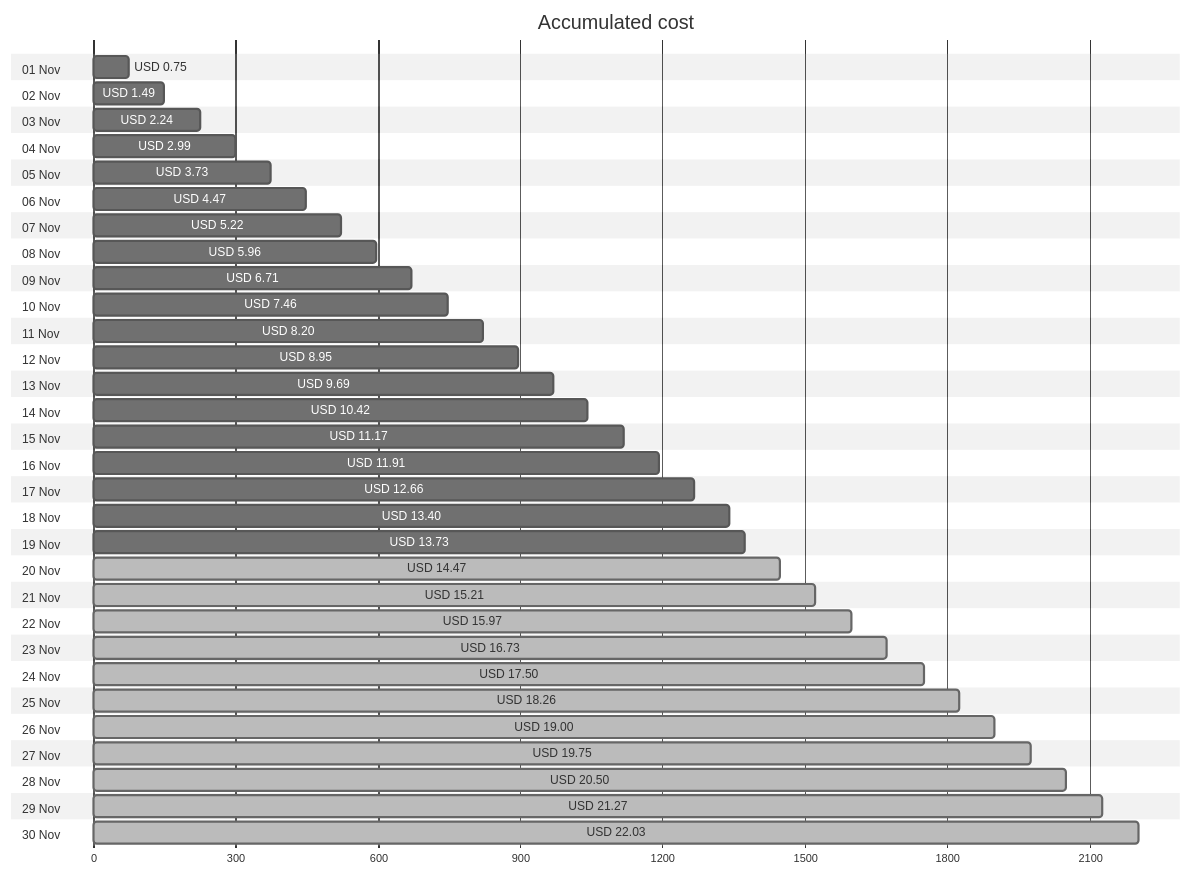
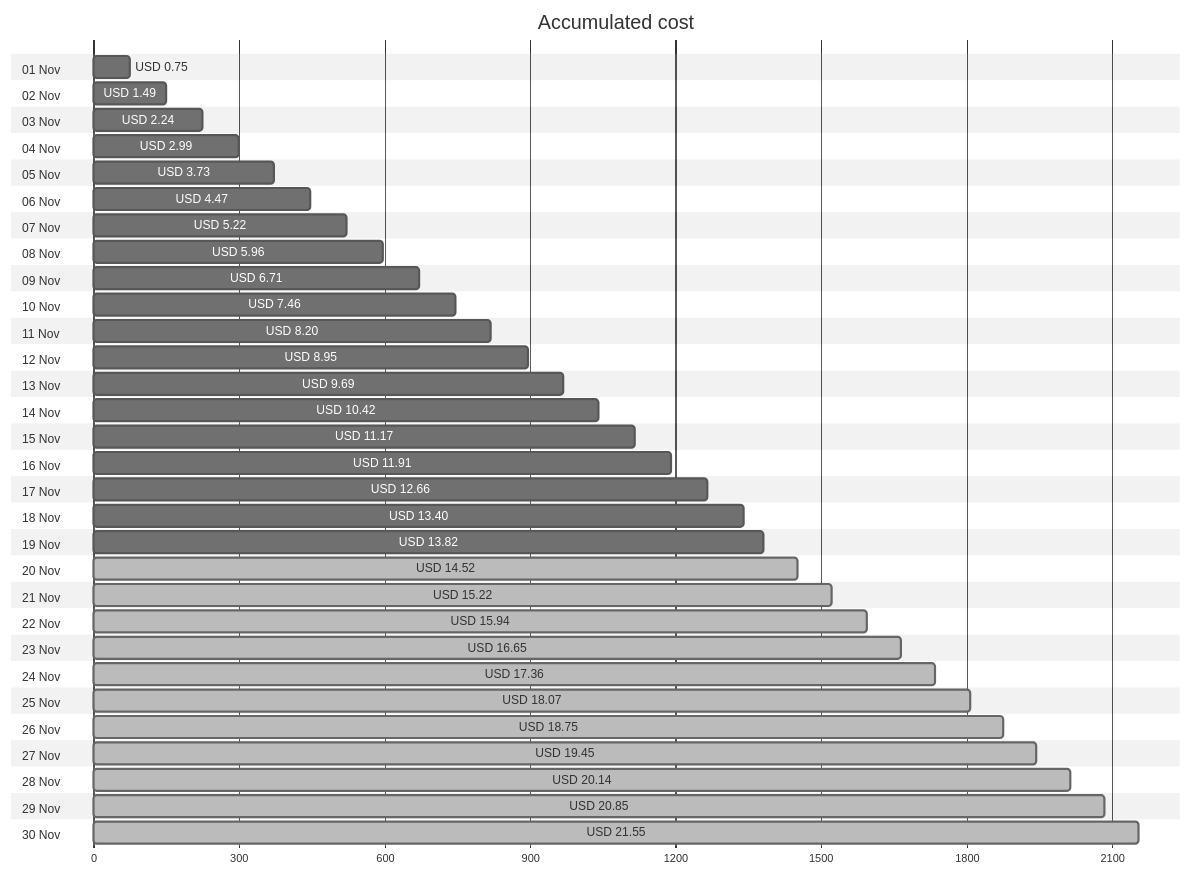
Before and after one commit to jpfulton/azure-personal-reports: the first of 4 diagrams in cost-reports/personal-network/backup-server-data-disk.md, drawn with Mermaid (neutral theme). The commit also changed other lines of this file and 8 other files, not shown here.

````diff
--- a/cost-reports/personal-network/backup-server-data-disk.md
+++ b/cost-reports/personal-network/backup-server-data-disk.md
@@ -20,66 +20,66 @@
 ```mermaid
 gantt
    title Accumulated cost
    dateFormat  X
    axisFormat %s
    section 01 Nov
    USD 0.75 :0, 75
    section 02 Nov
    USD 1.49 :0, 149
    section 03 Nov
    USD 2.24 :0, 224
    section 04 Nov
    USD 2.99 :0, 299
    section 05 Nov
    USD 3.73 :0, 373
    section 06 Nov
    USD 4.47 :0, 447
    section 07 Nov
    USD 5.22 :0, 522
    section 08 Nov
    USD 5.96 :0, 596
    section 09 Nov
    USD 6.71 :0, 671
    section 10 Nov
    USD 7.46 :0, 746
    section 11 Nov
    USD 8.20 :0, 820
    section 12 Nov
    USD 8.95 :0, 895
    section 13 Nov
    USD 9.69 :0, 969
    section 14 Nov
    USD 10.42 :0, 1042
    section 15 Nov
    USD 11.17 :0, 1117
    section 16 Nov
    USD 11.91 :0, 1191
    section 17 Nov
    USD 12.66 :0, 1266
    section 18 Nov
    USD 13.40 :0, 1340
    section 19 Nov
-   USD 13.73 :0, 1373
+   USD 13.82 :0, 1382
    section 20 Nov
-   USD 14.47 : done, 0, 1447
+   USD 14.52 : done, 0, 1452
    section 21 Nov
-   USD 15.21 : done, 0, 1521
+   USD 15.22 : done, 0, 1522
    section 22 Nov
-   USD 15.97 : done, 0, 1597
+   USD 15.94 : done, 0, 1594
    section 23 Nov
-   USD 16.73 : done, 0, 1673
+   USD 16.65 : done, 0, 1665
    section 24 Nov
-   USD 17.50 : done, 0, 1750
+   USD 17.36 : done, 0, 1736
    section 25 Nov
-   USD 18.26 : done, 0, 1826
+   USD 18.07 : done, 0, 1807
    section 26 Nov
-   USD 19.00 : done, 0, 1900
+   USD 18.75 : done, 0, 1875
    section 27 Nov
-   USD 19.75 : done, 0, 1975
+   USD 19.45 : done, 0, 1945
    section 28 Nov
-   USD 20.50 : done, 0, 2050
+   USD 20.14 : done, 0, 2014
    section 29 Nov
-   USD 21.27 : done, 0, 2127
+   USD 20.85 : done, 0, 2085
    section 30 Nov
-   USD 22.03 : done, 0, 2203
+   USD 21.55 : done, 0, 2155
 ```
````
